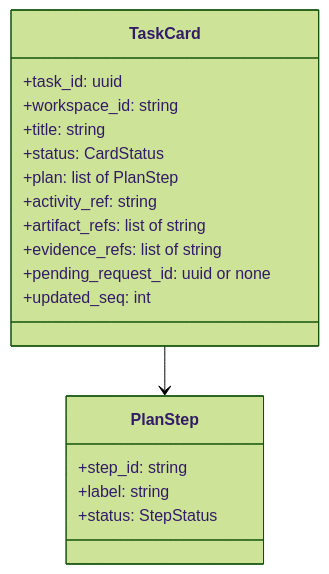
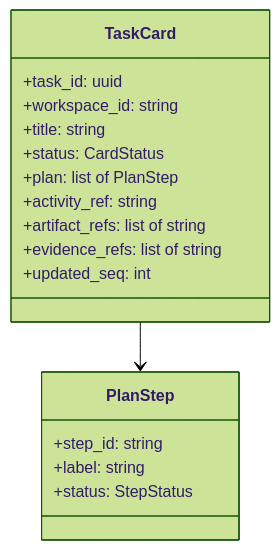
One commit to febufenn-cyber/drawing-office-v2 changed the third of 7 diagrams in designs/interface-shell/LLD.md. Above: the diagram before and after it, drawn with Mermaid (forest theme). The commit also changed other lines of this file and 6 other files, not shown here.

````diff
--- a/designs/interface-shell/LLD.md
+++ b/designs/interface-shell/LLD.md
@@ -91,21 +93,20 @@
 ```mermaid
 classDiagram
     class TaskCard {
         +task_id: uuid
         +workspace_id: string
         +title: string
         +status: CardStatus
         +plan: list of PlanStep
         +activity_ref: string
         +artifact_refs: list of string
         +evidence_refs: list of string
-        +pending_request_id: uuid or none
         +updated_seq: int
     }
     class PlanStep {
         +step_id: string
         +label: string
         +status: StepStatus
     }
     TaskCard --> PlanStep
 ```
````
